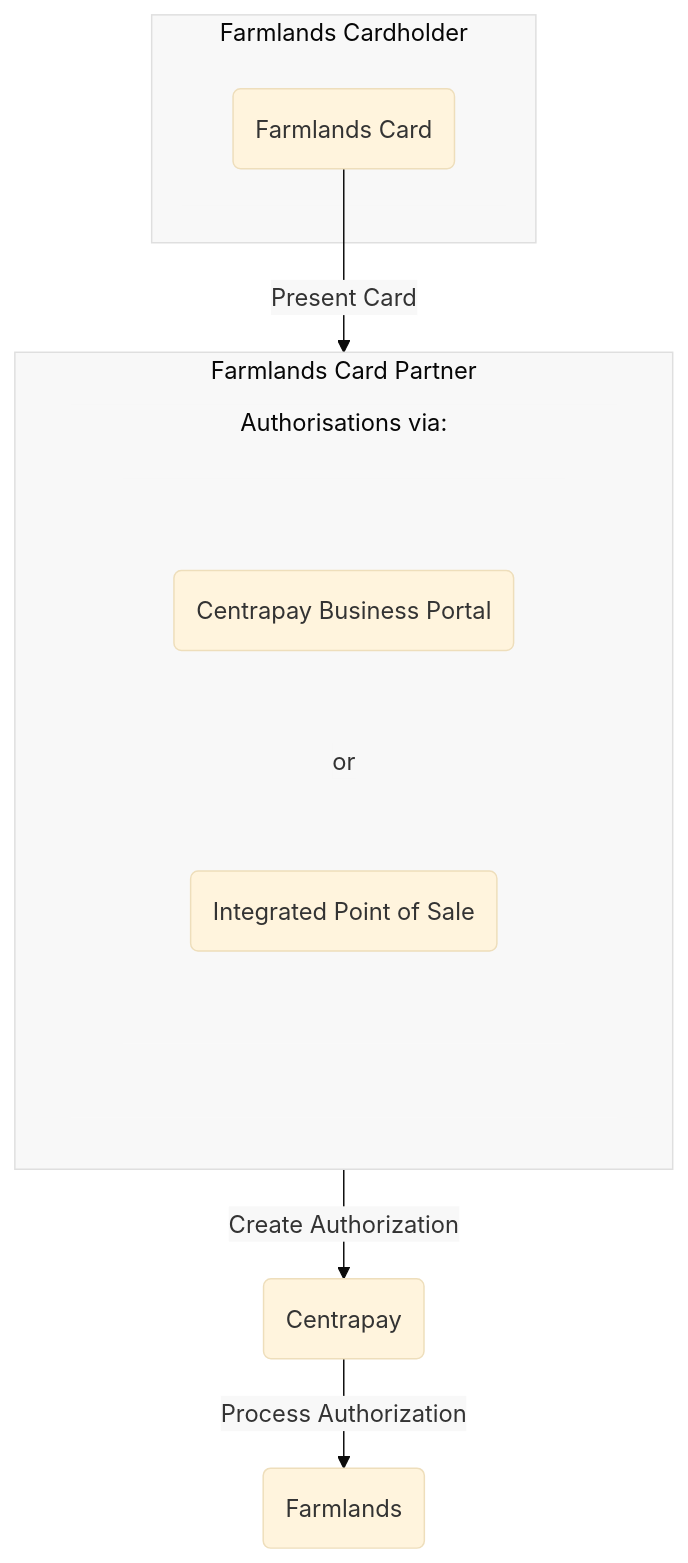
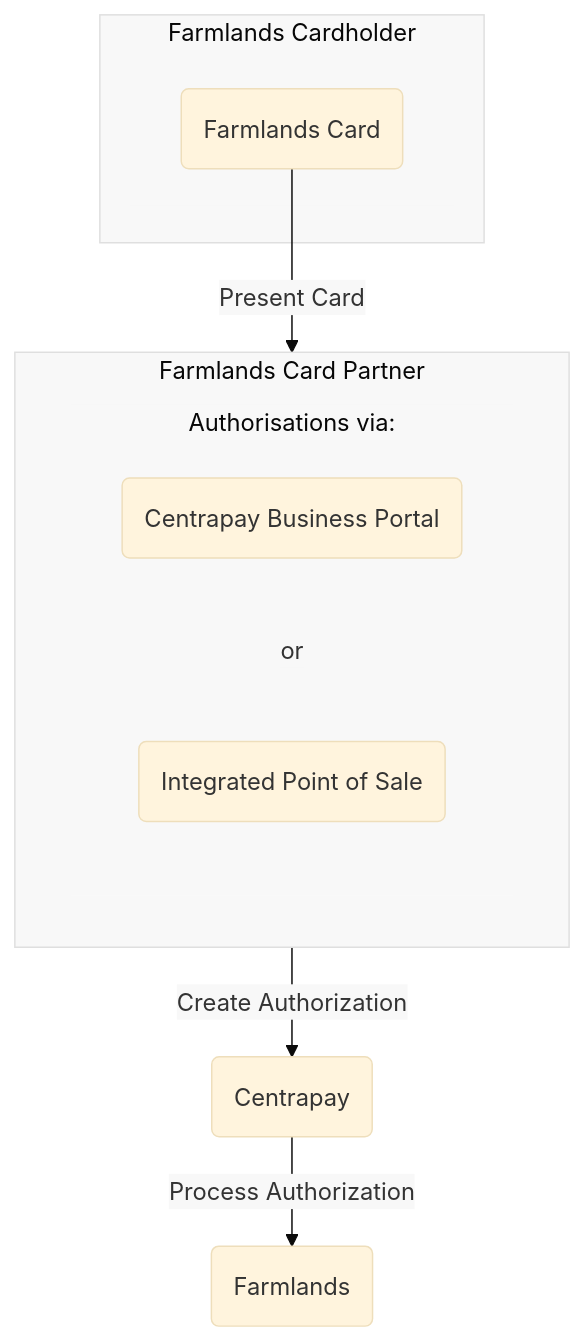
The diagram in src/pages/connections/farmlands.mdx (centrapay/centrapay-docs), drawn with Mermaid before and after one commit. The commit also changed other lines of this file, not shown here.

Commit message:
Reduce padding and width of farmlands graph

````diff
--- a/src/pages/connections/farmlands.mdx
+++ b/src/pages/connections/farmlands.mdx
@@ -14,37 +15,35 @@
-```mermaid
-%%{
-  init: {
-    'theme': 'base',
-    'themeVariables': {
-      'secondaryColor': '#f8f8f8',
-      'tertiaryColor': '#f8f8f8'
-    }
-  }
-}%%
+    ```mermaid
+    %%{
+      init: {
+        'theme': 'base',
+        'themeVariables': {
+          'secondaryColor': '#f8f8f8',
+          'tertiaryColor': '#f8f8f8'
+        }
+      }
+    }%%
 
-flowchart TD
-  subgraph F[Farmlands Cardholder]
-    subgraph padding1 [ ]
-      Card(Farmlands Card)
-    end
-  end
+    flowchart TD
+      subgraph F[Farmlands Cardholder]
+        subgraph padding1 [ ]
+          Card(Farmlands Card)
+        end
+      end
 
-  subgraph P[Farmlands Card Partner]
-    subgraph padding2 [Authorisations via: ]
-      subgraph padding3 [ ]
-        portal(Centrapay Business Portal)
-        pos(Integrated Point of Sale)
-        portal-. or .-pos
+      subgraph P[Farmlands Card Partner]
+        subgraph padding2 [Authorisations via: ]
+          portal(Centrapay Business Portal)
+          pos(Integrated Point of Sale)
+          portal-. or .-pos
+        end
       end
-    end
-  end
 
-  centrapay(Centrapay) -- Process Authorization --> farmlands(Farmlands)
+      centrapay(Centrapay) -- Process Authorization --> farmlands(Farmlands)
 
-  Card -- Present Card --> P
-  P -- Create Authorization --> centrapay
+      Card -- Present Card --> P
+      P -- Create Authorization --> centrapay
 
-classDef padding stroke-dasharray: 0 1
-class padding1,padding2,padding3 padding
-linkStyle 0 stroke:#f8f8f8
-```
+    classDef padding stroke-dasharray: 0 1;
+    class padding1,padding2, padding
+    linkStyle 0 stroke:#f8f8f8
+    ```
````
